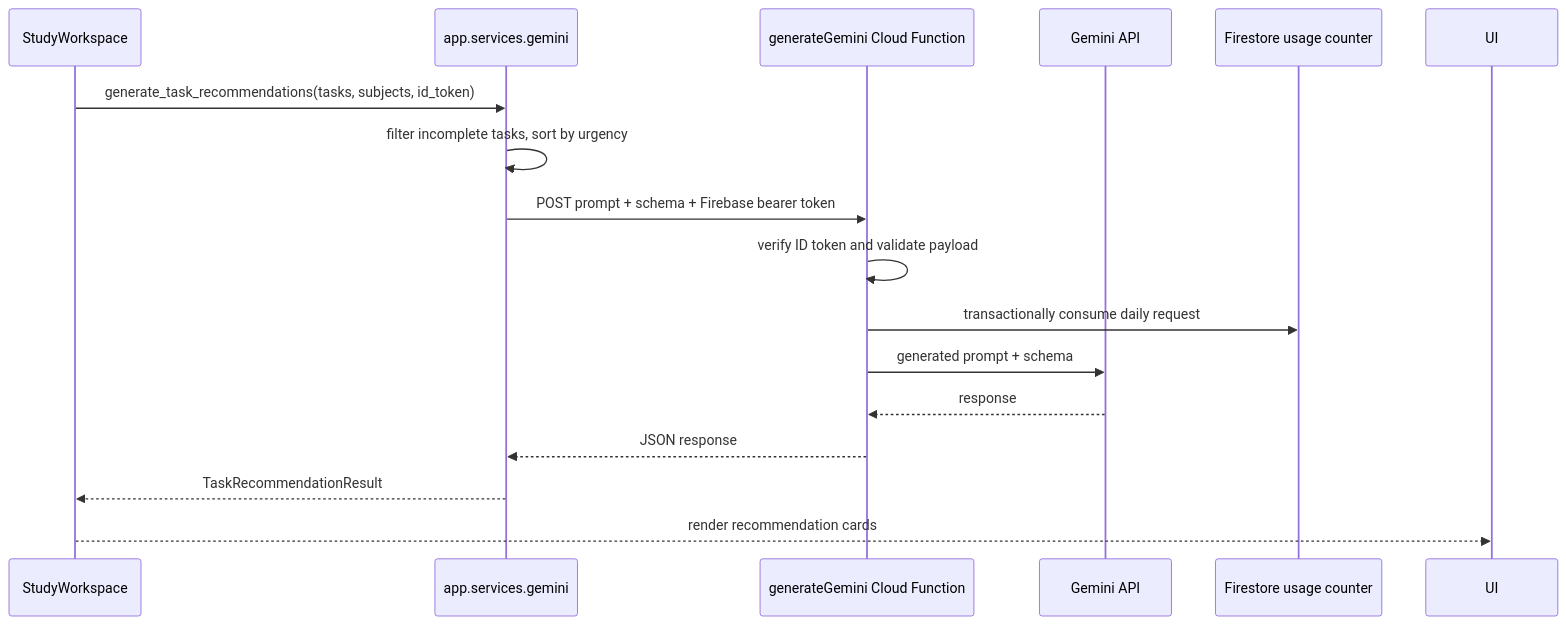
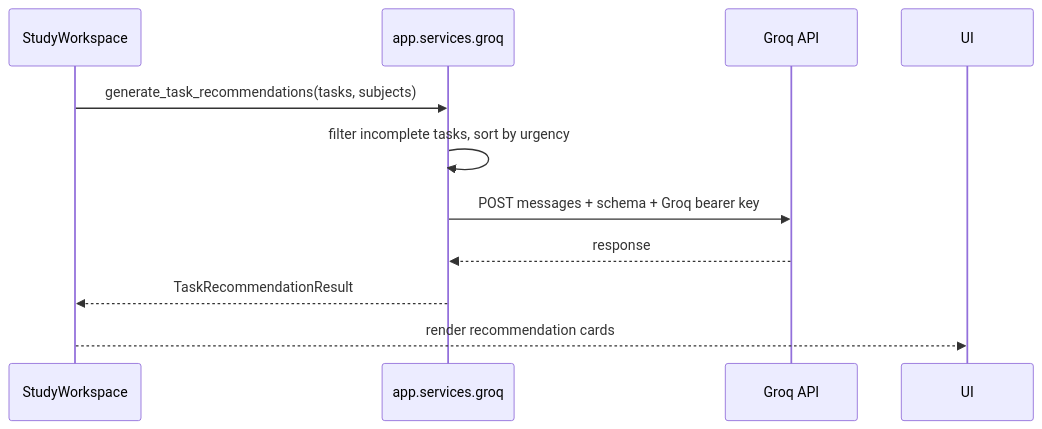
Before and after one commit to WinterSolstice305/smartStudyTaskManagerV1: the fourth of 4 diagrams in docs/ARCHITECTURE.md, drawn with Mermaid. The commit also changed other lines of this file and 43 other files, not shown here.

````diff
--- a/docs/ARCHITECTURE.md
+++ b/docs/ARCHITECTURE.md
@@ -184,19 +194,13 @@
 ```mermaid
 sequenceDiagram
     participant Workspace as StudyWorkspace
-    participant Gemini as app.services.gemini
-    participant Function as generateGemini Cloud Function
-    participant API as Gemini API
-    participant Usage as Firestore usage counter
+    participant Groq as app.services.groq
+    participant API as Groq API
 
-    Workspace->>Gemini: generate_task_recommendations(tasks, subjects, id_token)
-    Gemini->>Gemini: filter incomplete tasks, sort by urgency
-    Gemini->>Function: POST prompt + schema + Firebase bearer token
-    Function->>Function: verify ID token and validate payload
-    Function->>Usage: transactionally consume daily request
-    Function->>API: generated prompt + schema
-    API-->>Function: response
-    Function-->>Gemini: JSON response
-    Gemini-->>Workspace: TaskRecommendationResult
+    Workspace->>Groq: generate_task_recommendations(tasks, subjects)
+    Groq->>Groq: filter incomplete tasks, sort by urgency
+    Groq->>API: POST messages + schema + Groq bearer key
+    API-->>Groq: response
+    Groq-->>Workspace: TaskRecommendationResult
     Workspace-->>UI: render recommendation cards
 ```
````
